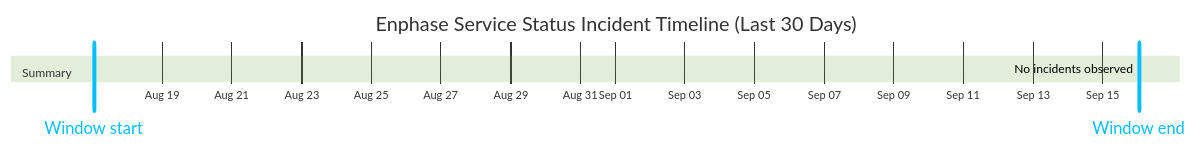
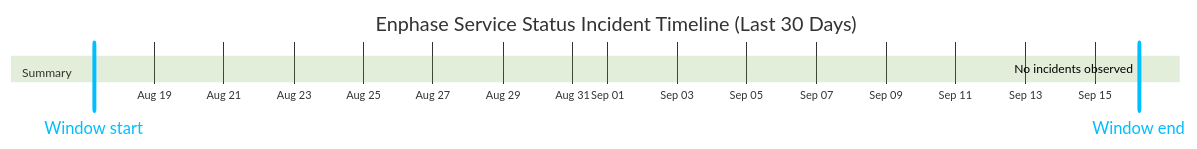
The diagram in wiki/Service-Status-History.md (barneyonline/ha-enphase-energy), drawn with Mermaid (forest theme) before and after one commit. The commit also changed other lines of this file and 3 other files, not shown here.

````diff
--- a/wiki/Service-Status-History.md
+++ b/wiki/Service-Status-History.md
@@ -14,10 +14,10 @@
 ```mermaid
 gantt
     title Enphase Service Status Incident Timeline (Last 30 Days)
     dateFormat  YYYY-MM-DDTHH:mm:ss
     axisFormat  %b %d
-    Window start :vert, window-start, 2026-08-17T01:06:09, 0ms
-    Window end :vert, window-end, 2026-09-16T01:06:09, 0ms
+    Window start :vert, window-start, 2026-08-17T06:25:28, 0ms
+    Window end :vert, window-end, 2026-09-16T06:25:28, 0ms
     section Summary
-    No incidents observed :done, 2026-09-16T01:06:09, 1m
+    No incidents observed :done, 2026-09-16T06:25:28, 1m
 ```
````
